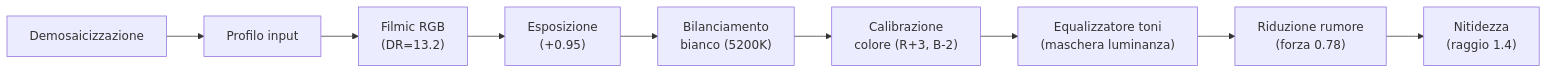
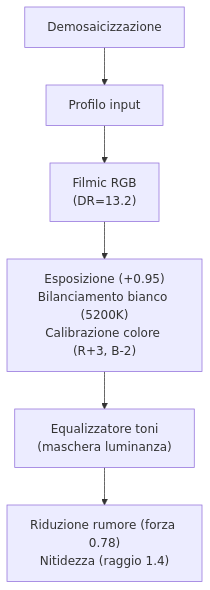
Before and after one commit to lorenzoperone/darktable-docs: the diagram in docs/appendix/resources.md, drawn with Mermaid. The commit also changed 11 other files, not shown here.

First line of the commit message:
fix: diagrammi Mermaid leggibili, pulsante Segnala dinamico, date contenuto

````diff
--- a/docs/appendix/resources.md
+++ b/docs/appendix/resources.md
@@ -113,9 +113,8 @@
 ```mermaid
-flowchart LR
-    A["Demosaicizzazione"] --> B["Profilo input"] --> C["Filmic RGB<br/>(DR=13.2)"]
-    --> D["Esposizione<br/>(+0.95)"] --> E["Bilanciamento<br/>bianco (5200K)"]
-    --> F["Calibrazione<br/>colore (R+3, B-2)"]
-    --> G["Equalizzatore toni<br/>(maschera luminanza)"]
-    --> H["Riduzione rumore<br/>(forza 0.78)"]
-    --> I["Nitidezza<br/>(raggio 1.4)"]
+flowchart TD
+    A["Demosaicizzazione"] --> B["Profilo input"]
+    B --> C["Filmic RGB<br/>(DR=13.2)"]
+    C --> D["Esposizione (+0.95)<br/>Bilanciamento bianco (5200K)<br/>Calibrazione colore (R+3, B-2)"]
+    D --> E["Equalizzatore toni<br/>(maschera luminanza)"]
+    E --> F["Riduzione rumore (forza 0.78)<br/>Nitidezza (raggio 1.4)"]
 ```
````
